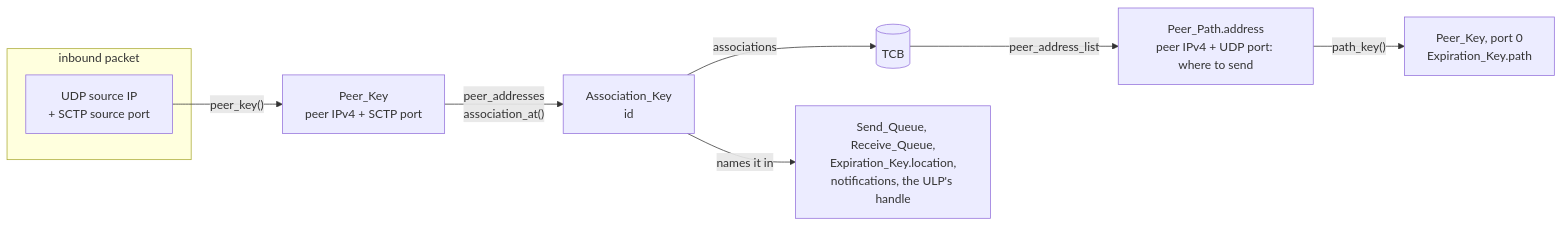
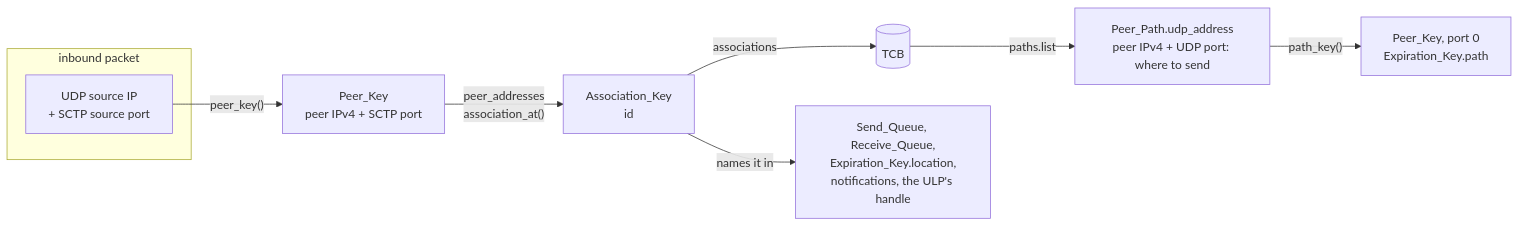
One commit to ethanallenfernandez/sctp-stack changed the fifth of 7 diagrams in docs/devs/01-architecture.md. Above: the diagram before and after it, drawn with Mermaid. The commit also changed other lines of this file and 38 other files, not shown here.

````diff
--- a/docs/devs/01-architecture.md
+++ b/docs/devs/01-architecture.md
@@ -276,12 +292,12 @@
 ```mermaid
 flowchart LR
     subgraph IN["inbound packet"]
         src["UDP source IP<br/>+ SCTP source port"]
     end
     src -- "peer_key()" --> PK["Peer_Key<br/>peer IPv4 + SCTP port"]
     PK -- "peer_addresses<br/>association_at()" --> ID["Association_Key<br/>id"]
     ID -- "associations" --> TCB[("TCB")]
     ID -- "names it in" --> Q["Send_Queue, Receive_Queue,<br/>Expiration_Key.location,<br/>notifications, the ULP's handle"]
-    TCB -- "peer_address_list" --> PP["Peer_Path.address<br/>peer IPv4 + UDP port: where to send"]
+    TCB -- "paths.list" --> PP["Peer_Path.udp_address<br/>peer IPv4 + UDP port: where to send"]
     PP -- "path_key()" --> PATH["Peer_Key, port 0<br/>Expiration_Key.path"]
 ```
````
